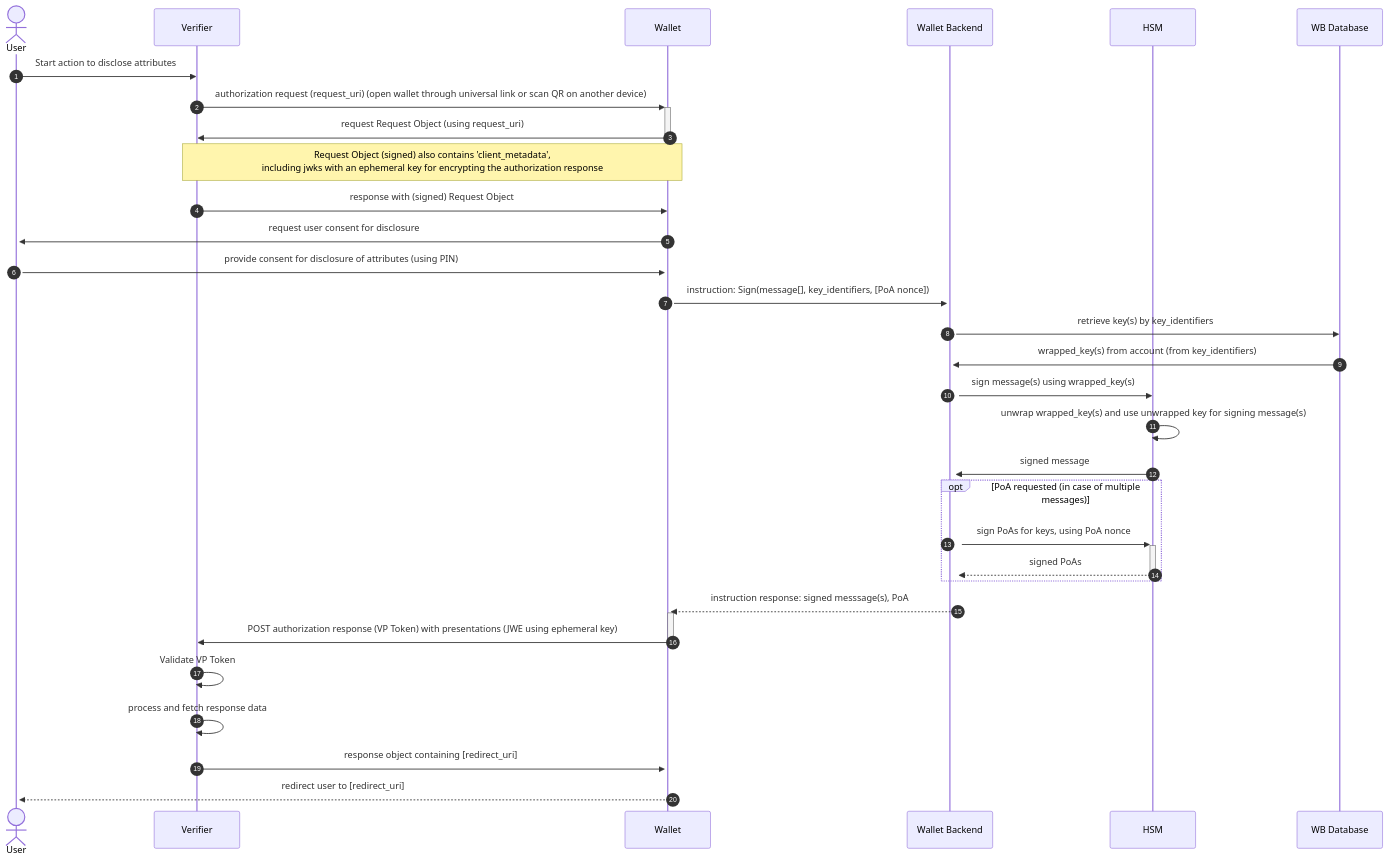
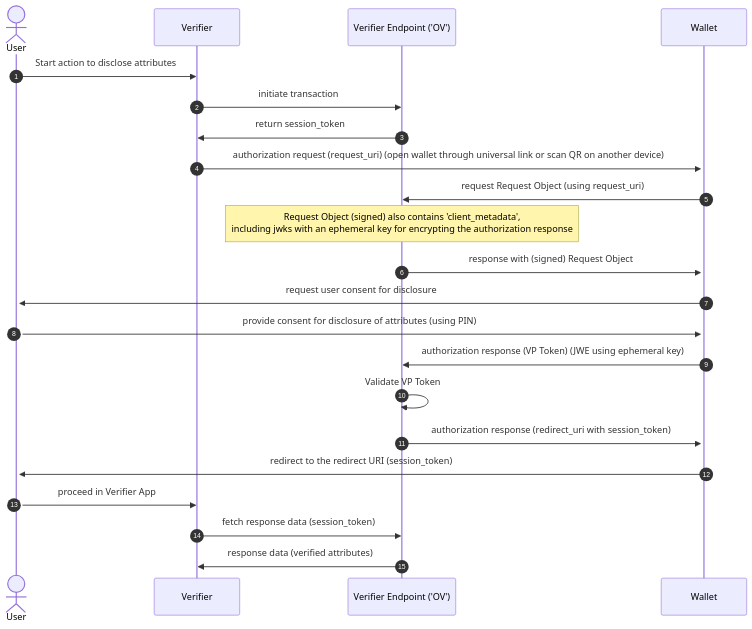
One commit to MinBZK/nl-wallet changed the third of 3 diagrams in wallet_docs/architecture/use-cases/disclosure-with-openid4vp.md. Above: the diagram before and after it, drawn with Mermaid. The commit also changed other lines of this file, not shown here.

Commit message:
updated disclosure documentation

````diff
--- a/wallet_docs/architecture/use-cases/disclosure-with-openid4vp.md
+++ b/wallet_docs/architecture/use-cases/disclosure-with-openid4vp.md
@@ -57,35 +90,26 @@
 ```{mermaid}
 sequenceDiagram
     autonumber
 
     actor User
     participant RP as Verifier
+    participant WalletServer as Verifier Endpoint ('OV')
     participant Wallet
-    participant WB as Wallet Backend 
-    participant HSM as HSM
-    participant DB as WB Database
     User->>RP: Start action to disclose attributes
+    RP->>WalletServer: initiate transaction
+    WalletServer ->>RP: return session_token    
     RP ->>+ Wallet: authorization request (request_uri) (open wallet through universal link or scan QR on another device)
-    Wallet ->>- RP: request Request Object (using request_uri)
-    note over RP, Wallet: Request Object (signed) also contains 'client_metadata',<Br/> including jwks with an ephemeral key for encrypting the authorization response
-    RP ->> Wallet: response with (signed) Request Object
+    Wallet ->> WalletServer: request Request Object (using request_uri)
+    note over WalletServer: Request Object (signed) also contains 'client_metadata',<Br/> including jwks with an ephemeral key for encrypting the authorization response
+    WalletServer ->> Wallet: response with (signed) Request Object
     Wallet ->>+ User: request user consent for disclosure
-    User ->>+ Wallet: provide consent for disclosure of attributes (using PIN)
-    Wallet ->>+ WB: instruction: Sign(message[], key_identifiers, [PoA nonce])
-    WB ->> DB: retrieve key(s) by key_identifiers
-    DB ->>+ WB: wrapped_key(s) from account (from key_identifiers)
-    WB ->> HSM: sign message(s) using wrapped_key(s)
-    HSM ->> HSM: unwrap wrapped_key(s) and use unwrapped key for signing message(s)
-    HSM ->>+ WB: signed message
-    opt PoA requested (in case of multiple messages)
-        WB ->>+ HSM: sign PoAs for keys, using PoA nonce  
-        HSM -->>- WB: signed PoAs
-    end
-    WB -->>+ Wallet: instruction response: signed messsage(s), PoA
-    Wallet->>- RP: POST authorization response (VP Token) with presentations (JWE using ephemeral key)
-    RP ->> RP: Validate VP Token
-    RP ->> RP: process and fetch response data
-    RP ->>+ Wallet: response object containing [redirect_uri]
-    Wallet -->>+ User: redirect user to [redirect_uri]
+    User ->> Wallet: provide consent for disclosure of attributes (using PIN)
+    Wallet->> WalletServer: authorization response (VP Token) (JWE using ephemeral key)
+    WalletServer ->>WalletServer: Validate VP Token
+    WalletServer ->> Wallet: authorization response (redirect_uri with session_token)
+    Wallet ->> User: redirect to the redirect URI (session_token)
+    User ->> RP: proceed in Verifier App
+    RP ->> WalletServer: fetch response data (session_token)
+    WalletServer ->> RP: response data (verified attributes)
 
 ```
````
